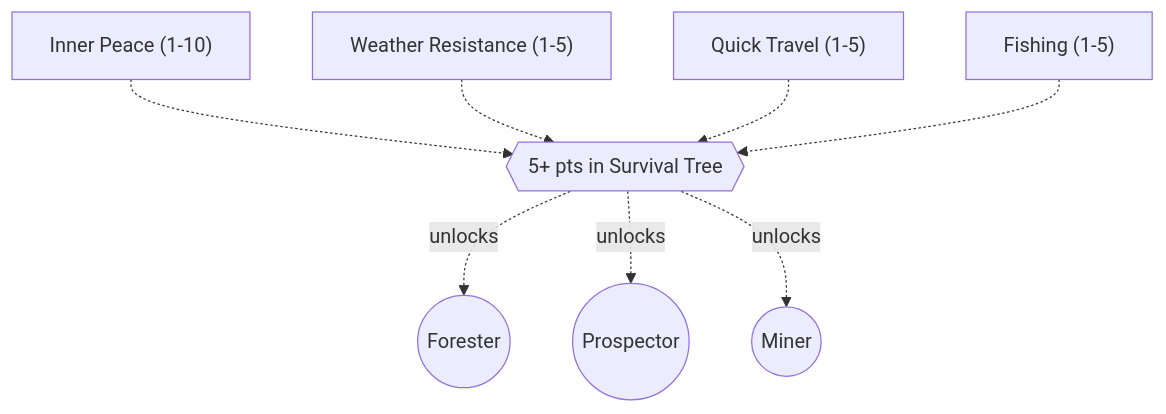
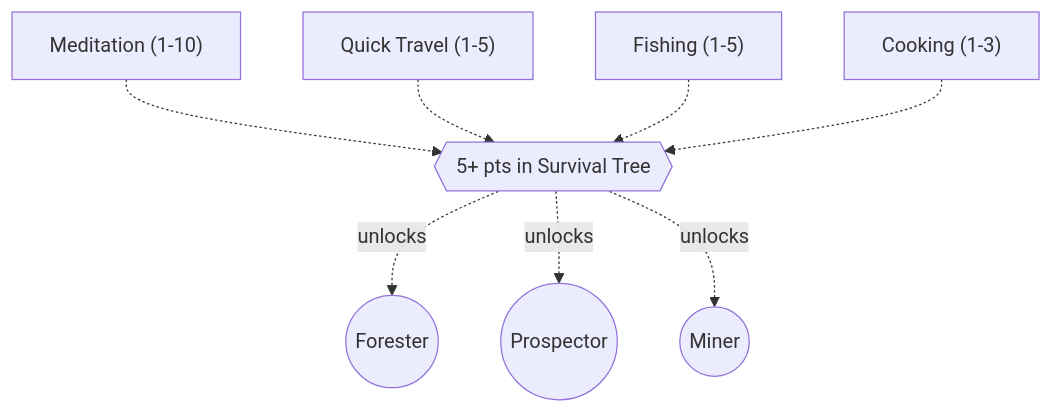
Before and after one commit to tfelix/bestia-docs: the sixth of 14 diagrams in content/docs/mechanics/master.md, drawn with Mermaid. The commit also changed other lines of this file and 1 other file, not shown here.

````diff
--- a/content/docs/mechanics/master.md
+++ b/content/docs/mechanics/master.md
@@ -320,19 +445,19 @@
 ```mermaid
 graph TD
-    InnerPeace["Inner Peace (1-10)"]
-    WeatherResistance["Weather Resistance (1-5)"]
+    Meditation["Meditation (1-10)"]
     QuickTravel["Quick Travel (1-5)"]
     Fishing["Fishing (1-5)"]
+    Cooking["Cooking (1-3)"]
     Gate{{"5+ pts in Survival Tree"}}
     Forester(("Forester"))
     Prospector(("Prospector"))
     Miner(("Miner"))
 
-    InnerPeace -.-> Gate
-    WeatherResistance -.-> Gate
+    Meditation -.-> Gate
     QuickTravel -.-> Gate
     Fishing -.-> Gate
+    Cooking -.-> Gate
     Gate -.->|unlocks| Forester
     Gate -.->|unlocks| Prospector
     Gate -.->|unlocks| Miner
 ```
````
